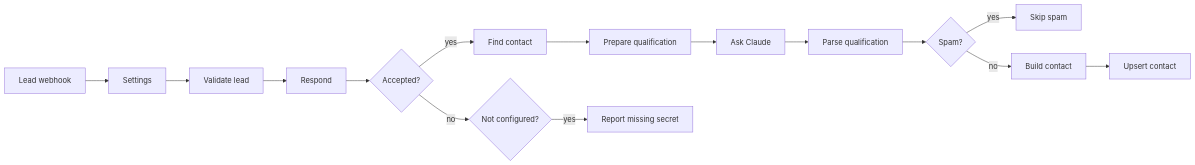
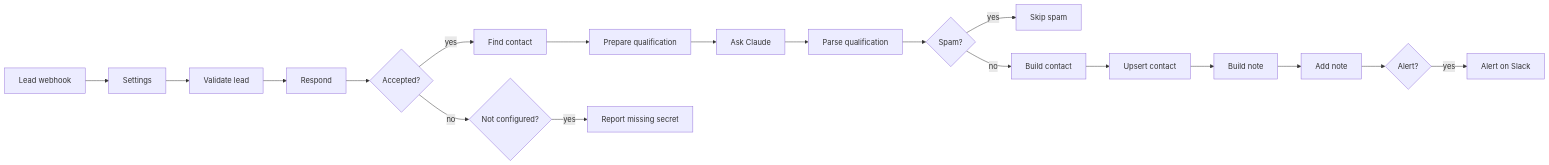
Before and after one commit to mick-gsk/n8n-ai-email-triage: the diagram in workflows/lead-intake/README.md, drawn with Mermaid. The commit also changed other lines of this file and 8 other files, not shown here.

````diff
--- a/workflows/lead-intake/README.md
+++ b/workflows/lead-intake/README.md
@@ -9,8 +9,8 @@
 ```mermaid
 flowchart LR
     W[Lead webhook] --> S[Settings] --> V[Validate lead] --> R[Respond] --> A{Accepted?}
     A -- yes --> F[Find contact] --> P[Prepare qualification] --> C[Ask Claude] --> Q[Parse qualification]
     A -- no --> M{Not configured?} -- yes --> E[Report missing secret]
     Q --> X{Spam?} -- yes --> K[Skip spam]
-    X -- no --> B[Build contact] --> U[Upsert contact]
+    X -- no --> B[Build contact] --> U[Upsert contact] --> N[Build note] --> AN[Add note] --> L{Alert?} -- yes --> SL[Alert on Slack]
 ```
````
